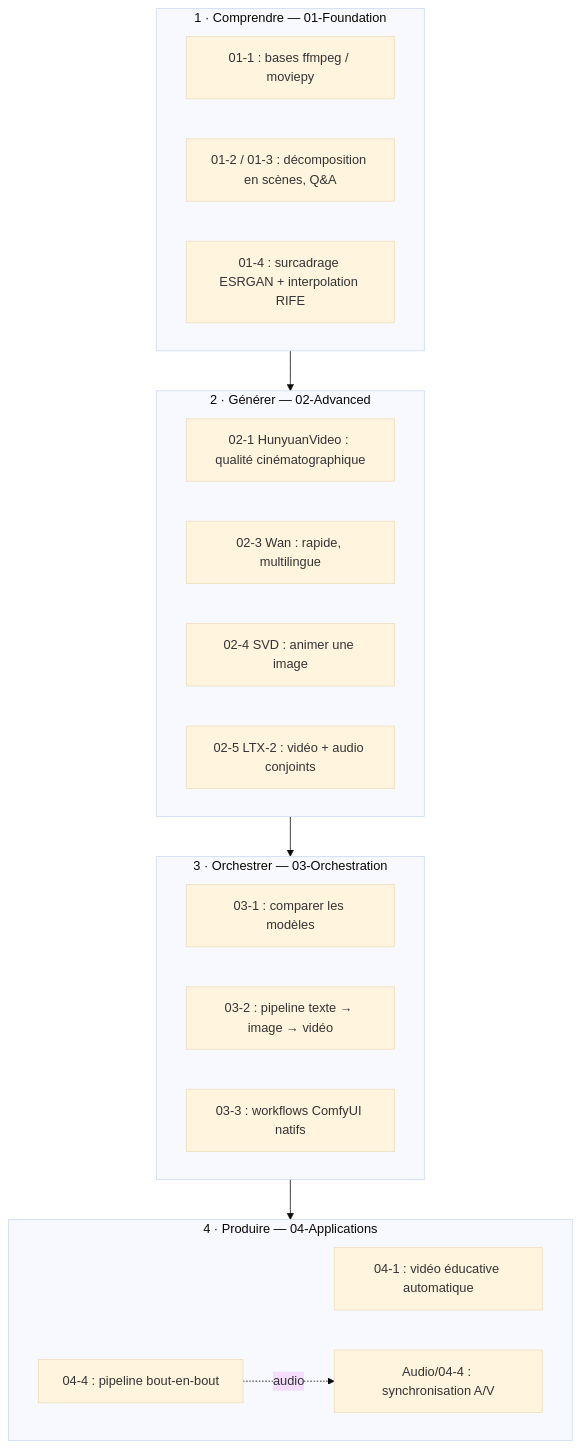
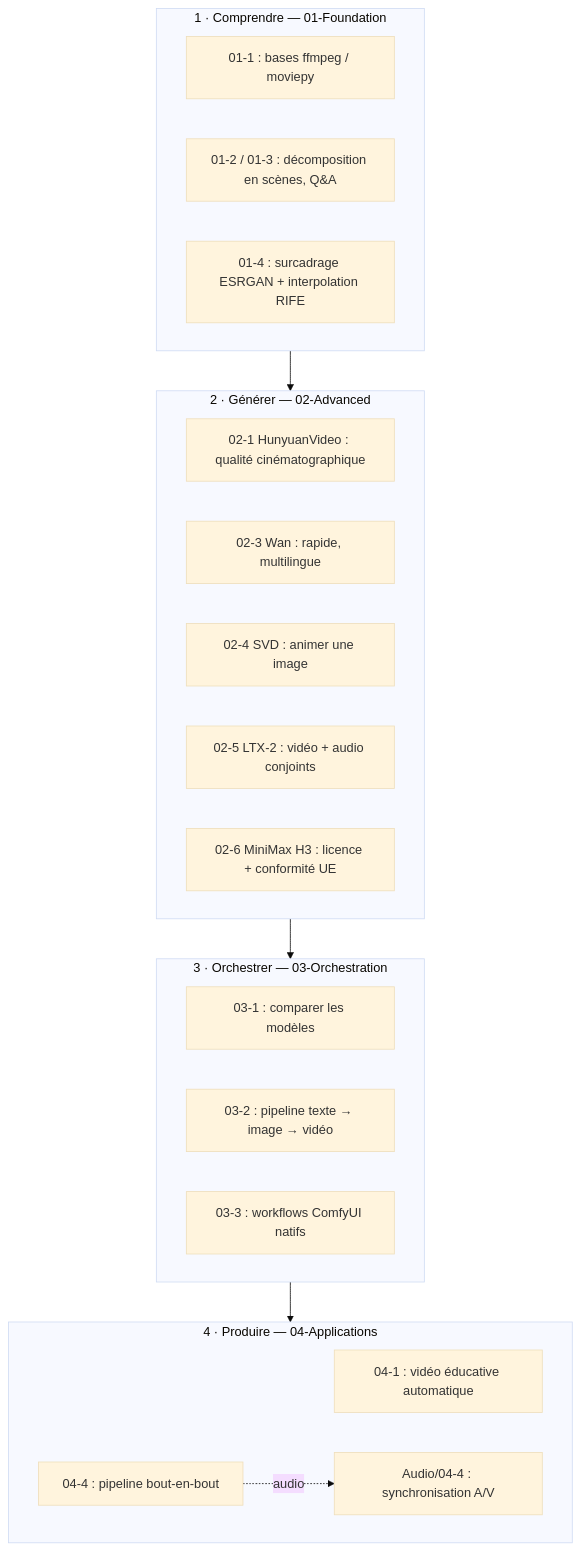
The diagram in MyIA.AI.Notebooks/GenAI/Video/README.md (jsboige/CoursIA), drawn with Mermaid (base theme) before and after one commit. The commit also changed other lines of this file and 1 other file, not shown here.

First line of the commit message:
feat(genai,#10244): add MiniMax H3 architecture+licensing notebook (descriptive, UE license gate)

````diff
--- a/MyIA.AI.Notebooks/GenAI/Video/README.md
+++ b/MyIA.AI.Notebooks/GenAI/Video/README.md
@@ -134,26 +135,27 @@
 ```mermaid
 flowchart TD
     subgraph N1["1 · Comprendre — 01-Foundation"]
         A1["01-1 : bases ffmpeg / moviepy"]
         A2["01-2 / 01-3 : décomposition en scènes, Q&A"]
         A3["01-4 : surcadrage ESRGAN + interpolation RIFE"]
     end
     subgraph N2["2 · Générer — 02-Advanced"]
         B1["02-1 HunyuanVideo : qualité cinématographique"]
         B2["02-3 Wan : rapide, multilingue"]
         B3["02-4 SVD : animer une image"]
         B4["02-5 LTX-2 : vidéo + audio conjoints"]
+        B5["02-6 MiniMax H3 : licence + conformité UE"]
     end
     subgraph N3["3 · Orchestrer — 03-Orchestration"]
         C1["03-1 : comparer les modèles"]
         C2["03-2 : pipeline texte → image → vidéo"]
         C3["03-3 : workflows ComfyUI natifs"]
     end
     subgraph N4["4 · Produire — 04-Applications"]
         D1["04-1 : vidéo éducative automatique"]
         D2["04-4 : pipeline bout-en-bout"]
         D3["Audio/04-4 : synchronisation A/V"]
     end
     N1 --> N2 --> N3 --> N4
     D2 -. "audio" .-> D3
 ```
````
